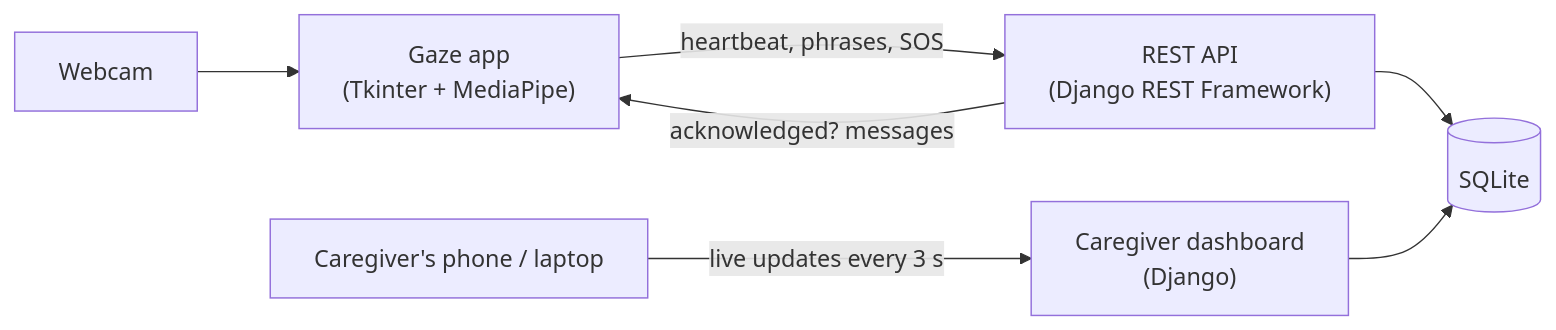
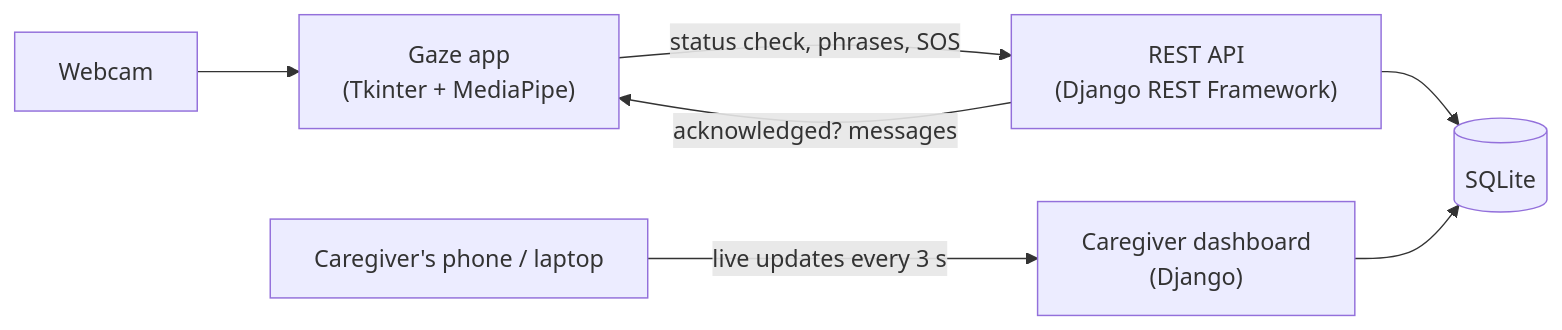
Before and after one commit to Fathimaka04/MiniProject: the diagram in README.md, drawn with Mermaid. The commit also changed other lines of this file and 1 other file, not shown here.

First line of the commit message:
Explain the status check in the README

````diff
--- a/README.md
+++ b/README.md
@@ -79,9 +79,9 @@
 ```mermaid
 flowchart LR
     cam["Webcam"] --> app["Gaze app<br/>(Tkinter + MediaPipe)"]
-    app -- "heartbeat, phrases, SOS" --> api["REST API<br/>(Django REST Framework)"]
+    app -- "status check, phrases, SOS" --> api["REST API<br/>(Django REST Framework)"]
     api -- "acknowledged? messages" --> app
     api --> db[("SQLite")]
     web["Caregiver dashboard<br/>(Django)"] --> db
     browser["Caregiver's phone / laptop"] -- "live updates every 3 s" --> web
 ```
````
